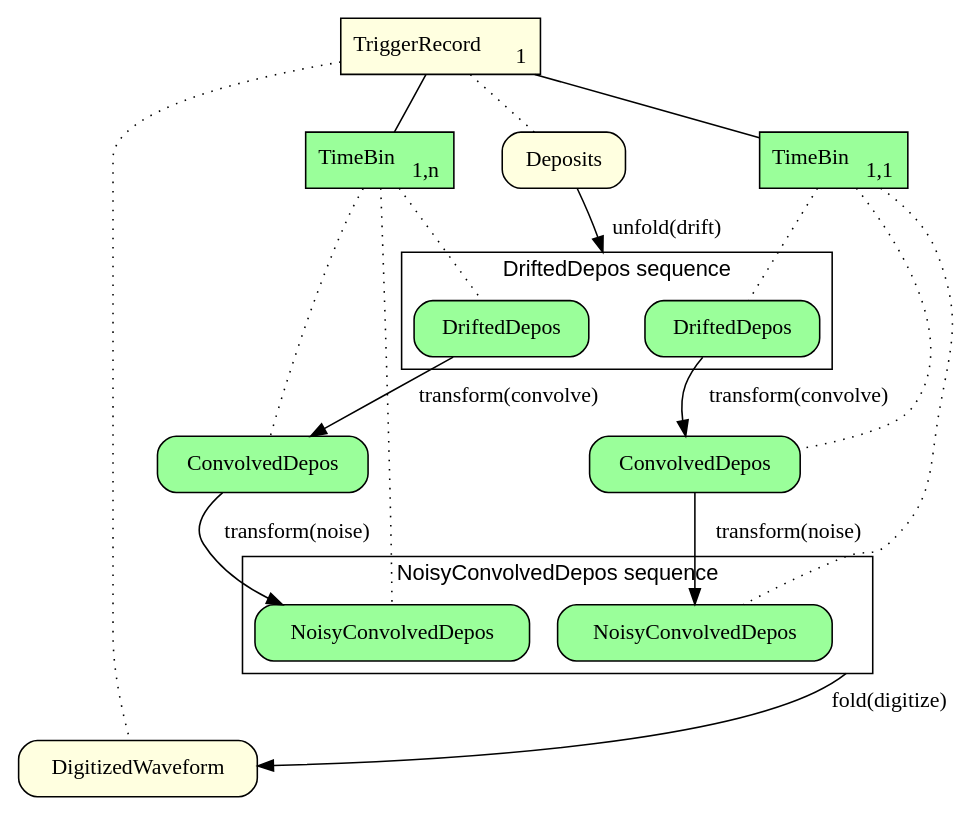
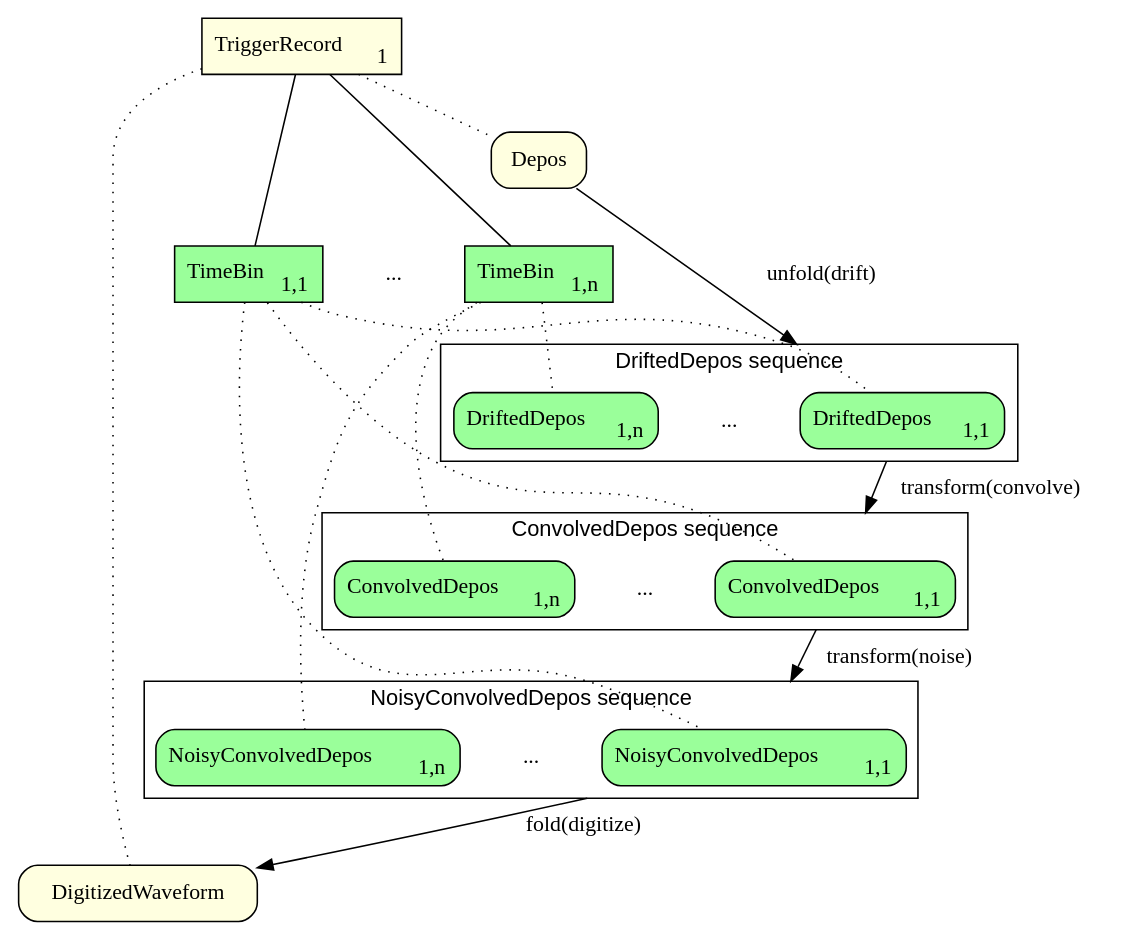
One commit to Framework-R-D/phlex-design changed the diagram in workflows/wirecell-charge-waveform-sim.gv. Above: the diagram before and after it, drawn with Graphviz. The commit also changed 1 other file, not shown here.

Commit message:
Updates to wirecell workflow graph

```diff
--- a/workflows/wirecell-charge-waveform-sim.gv
+++ b/workflows/wirecell-charge-waveform-sim.gv
@@ -1,63 +1,73 @@
 digraph g {
  fontname="sans-serif";
  compound=true;
 
  # All data product sets are in rectangular nodes
  node [shape=box, style=filled];
  tr1 [label=<TriggerRecord<sub>1</sub>>, fillcolor=lightyellow];
- tb1 [label=<TimeBin<sub>1,1</sub>>, fillcolor=palegreen1];
- tb2 [label=<TimeBin<sub>1,n</sub>>, fillcolor=palegreen1];
+
+ subgraph cluster_tb{
+  peripheries=0
+  tb1 [label=<TimeBin<sub>1,1</sub>>, fillcolor=palegreen1];
+  tbdots [label="...", shape=plaintext, style=rounded, margin=0]
+  tb2 [label=<TimeBin<sub>1,n</sub>>, fillcolor=palegreen1];
+ }
 
  # Data product sets are connected with data products by solid lines.
  edge [style=solid, arrowhead=none];
  tr1 -> tb1;
  tr1 -> tb2;
 
 
  # All data products are in rounded rectangle nodes
  node [shape=box, style="filled,rounded"]
 
  # TR-level products are yellow
  node [fillcolor=lightyellow]
- depos [label=Deposits]
+ depos [label=Depos]
  dw [label=DigitizedWaveform];
+
+ depos -> tb2 [style=invis]
 
  # TB-level products are palegreen1
  node [fillcolor=palegreen1]
 
- subgraph cluster_unfold {
+  subgraph cluster_unfold {
    label="DriftedDepos sequence";
-   proxy1 [style=invis, shape=point, width=0, height=0];
-   dd1 [label=DriftedDepos];
-   ddn [label=DriftedDepos];
+   dd1 [label=<DriftedDepos<sub>1,1</sub>>];
+   ddots [label="...", shape=plaintext, style=rounded, margin=0]
+   ddn [label=<DriftedDepos<sub>1,n</sub>>];
  }
- cd1 [label=ConvolvedDepos];
- cdn [label=ConvolvedDepos];
+
+  subgraph cluster_conv {
+    label="ConvolvedDepos sequence";
+    cd1 [label=<ConvolvedDepos<sub>1,1</sub>>];
+    cdots [label="...", shape=plaintext, style=rounded, margin=0]
+    cdn [label=<ConvolvedDepos<sub>1,n</sub>>];
+  }
+
  subgraph cluster_noise {
    label="NoisyConvolvedDepos sequence";
-   proxy2 [style=invis, shape=point, width=0, height=0];
-   ncd1 [label=NoisyConvolvedDepos];
-   ncdn [label=NoisyConvolvedDepos];
+   ncd1 [label=<NoisyConvolvedDepos<sub>1,1</sub>>];
+   ndots [label="...", shape=plaintext, style=rounded, margin=0]
+   ncdn [label=<NoisyConvolvedDepos<sub>1,n</sub>>];
  }
-
 
  # Data products are connected with data product sets by dotted lines.
  edge [style=dotted, arrowhead=none];
  tr1 -> depos;
  tb1 -> dd1;
  tb2 -> ddn;
  tb1 -> cd1;
  tb2 -> cdn;
  tb1 -> ncd1;
  tb2 -> ncdn;
  tr1 -> dw;
 
  # Algorithms creating data products are indicated by arrows with solid lines.
  edge [style=solid, arrowhead=normal];
- depos -> proxy1 [label="unfold(drift)", lhead=cluster_unfold];
- dd1 -> cd1 [label="transform(convolve)"];
- ddn -> cdn [label="transform(convolve)"];
- cd1 -> ncd1 [label="transform(noise)"];
- cdn -> ncdn [label="transform(noise)"];
- proxy2 -> dw [label="fold(digitize)", ltail=cluster_noise];
+ depos -> dd1 [label="unfold(drift)", lhead=cluster_unfold];
+ dd1 -> cd1 [label="transform(convolve)", ltail=cluster_unfold, lhead=cluster_conv];
+ cd1 -> ncd1 [label="transform(noise)", ltail=cluster_conv, lhead=cluster_noise];
+ ncd1 -> dw [label="fold(digitize)", ltail=cluster_noise];
 }
```
